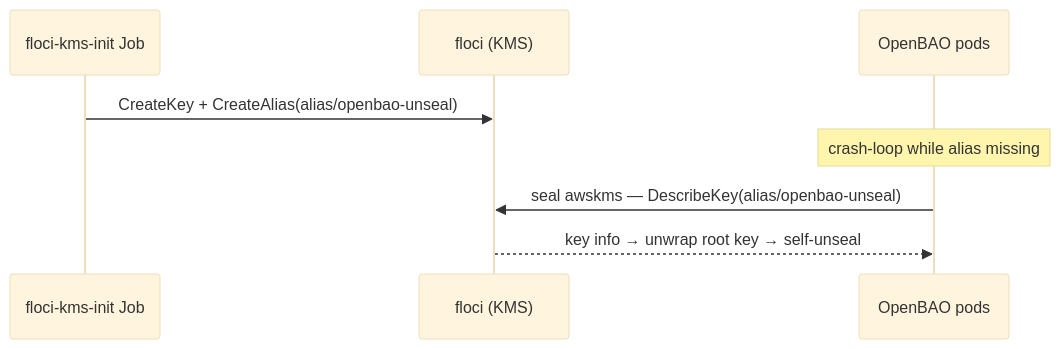
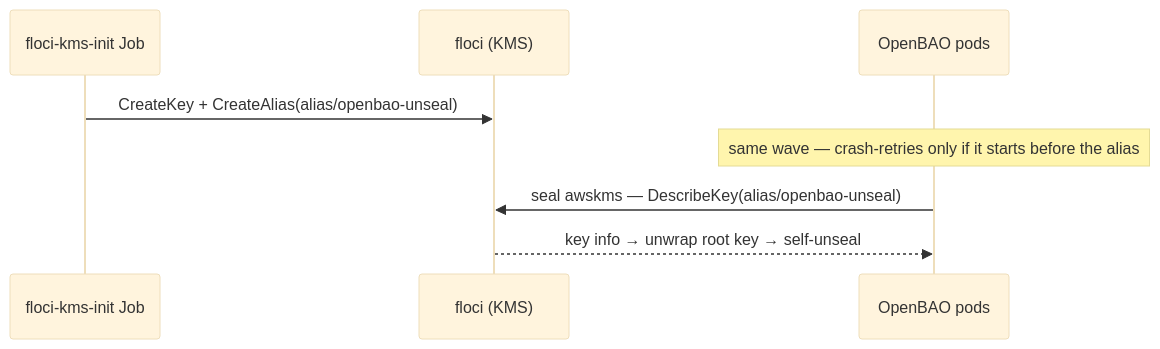
The fourth of 19 diagrams in docs/secrets/openbao.md (duynhlab/homelab), drawn with Mermaid (base theme) before and after one commit. The commit also changed other lines of this file and 5 other files, not shown here.

````diff
--- a/docs/secrets/openbao.md
+++ b/docs/secrets/openbao.md
@@ -242,10 +249,10 @@
 ```mermaid
 sequenceDiagram
     participant J as floci-kms-init Job
     participant F as floci (KMS)
     participant B as OpenBAO pods
     J->>F: CreateKey + CreateAlias(alias/openbao-unseal)
-    Note over B: crash-loop while alias missing
+    Note over B: same wave — crash-retries only if it starts before the alias
     B->>F: seal awskms — DescribeKey(alias/openbao-unseal)
     F-->>B: key info → unwrap root key → self-unseal
 ```
````
